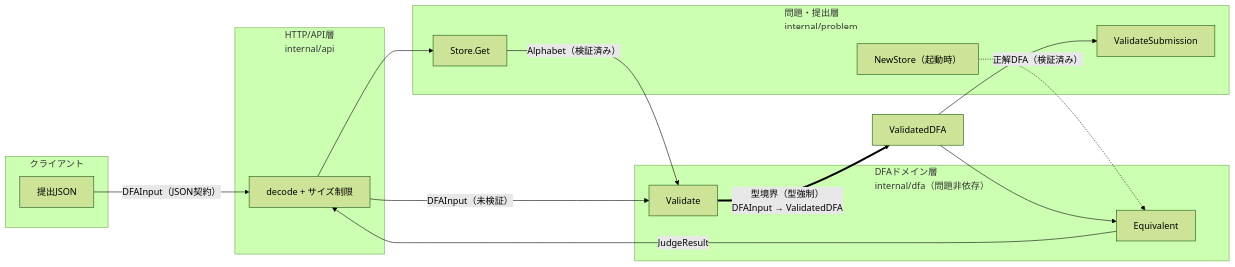
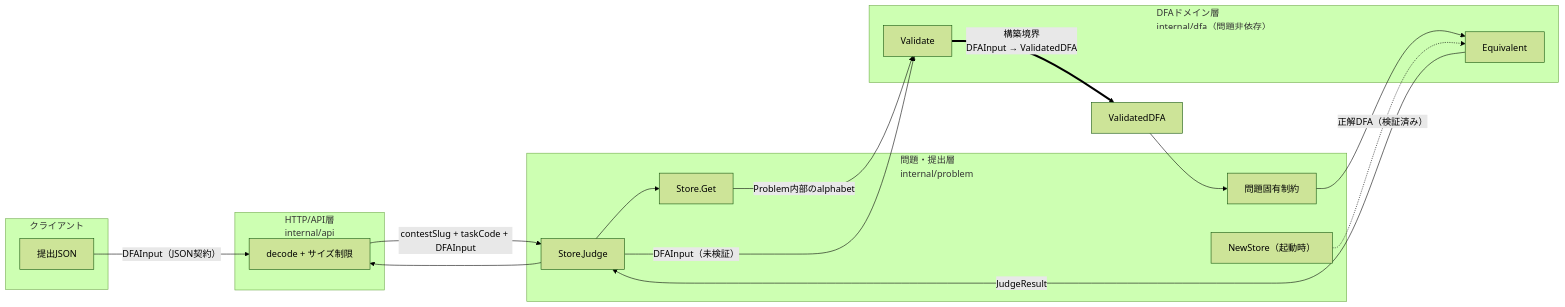
The second of 4 diagrams in docs/reference/system-design.md (automaton-games/fa-design-game), drawn with Mermaid (forest theme) before and after one commit. The commit also changed other lines of this file and 5 other files, not shown here.

````diff
--- a/docs/reference/system-design.md
+++ b/docs/reference/system-design.md
@@ -59,28 +59,31 @@
 ```mermaid
 flowchart LR
     subgraph Cl["クライアント"]
         IN["提出JSON"]
     end
     subgraph Ap["HTTP/API層<br/>internal/api"]
         DEC["decode + サイズ制限"]
     end
     subgraph Pb["問題・提出層<br/>internal/problem"]
         GET["Store.Get"]
-        SUB["ValidateSubmission"]
+        JUDGE["Store.Judge"]
+        SUB["問題固有制約"]
         LOAD["NewStore（起動時）"]
     end
     subgraph Df["DFAドメイン層<br/>internal/dfa（問題非依存）"]
         VAL["Validate"]
         EQU["Equivalent"]
     end
 
     IN -->|"DFAInput（JSON契約）"| DEC
-    DEC --> GET
-    GET -->|"Alphabet（検証済み）"| VAL
-    DEC -->|"DFAInput（未検証）"| VAL
-    VAL ==>|"型境界（型強制）<br/>DFAInput → ValidatedDFA"| VD["ValidatedDFA"]
+    DEC -->|"contestSlug + taskCode + DFAInput"| JUDGE
+    JUDGE --> GET
+    GET -->|"Problem内部のalphabet"| VAL
+    JUDGE -->|"DFAInput（未検証）"| VAL
+    VAL ==>|"構築境界<br/>DFAInput → ValidatedDFA"| VD["ValidatedDFA"]
     VD --> SUB
-    VD --> EQU
+    SUB --> EQU
     LOAD -.->|"正解DFA（検証済み）"| EQU
-    EQU -->|"JudgeResult"| DEC
+    EQU -->|"JudgeResult"| JUDGE
+    JUDGE --> DEC
 ```
````
